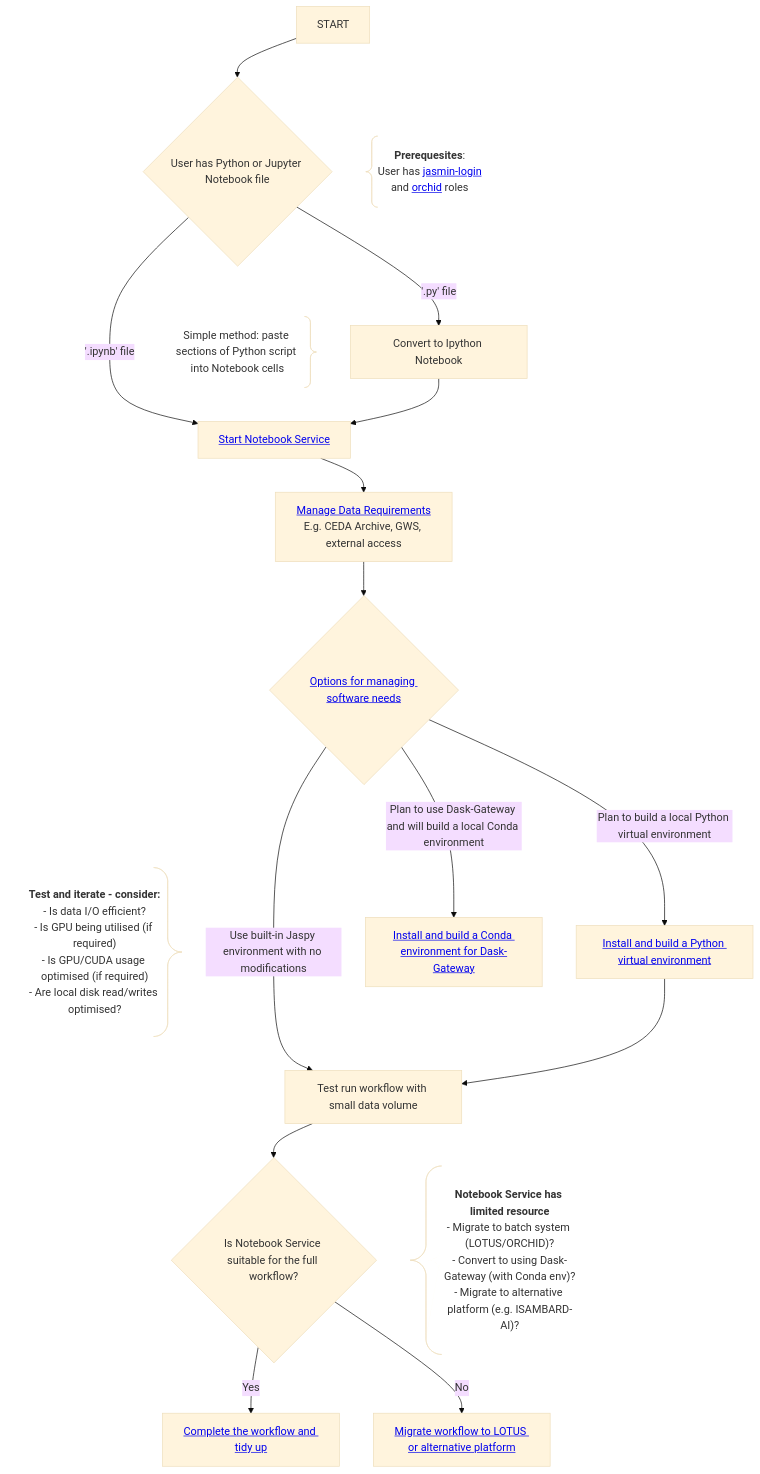
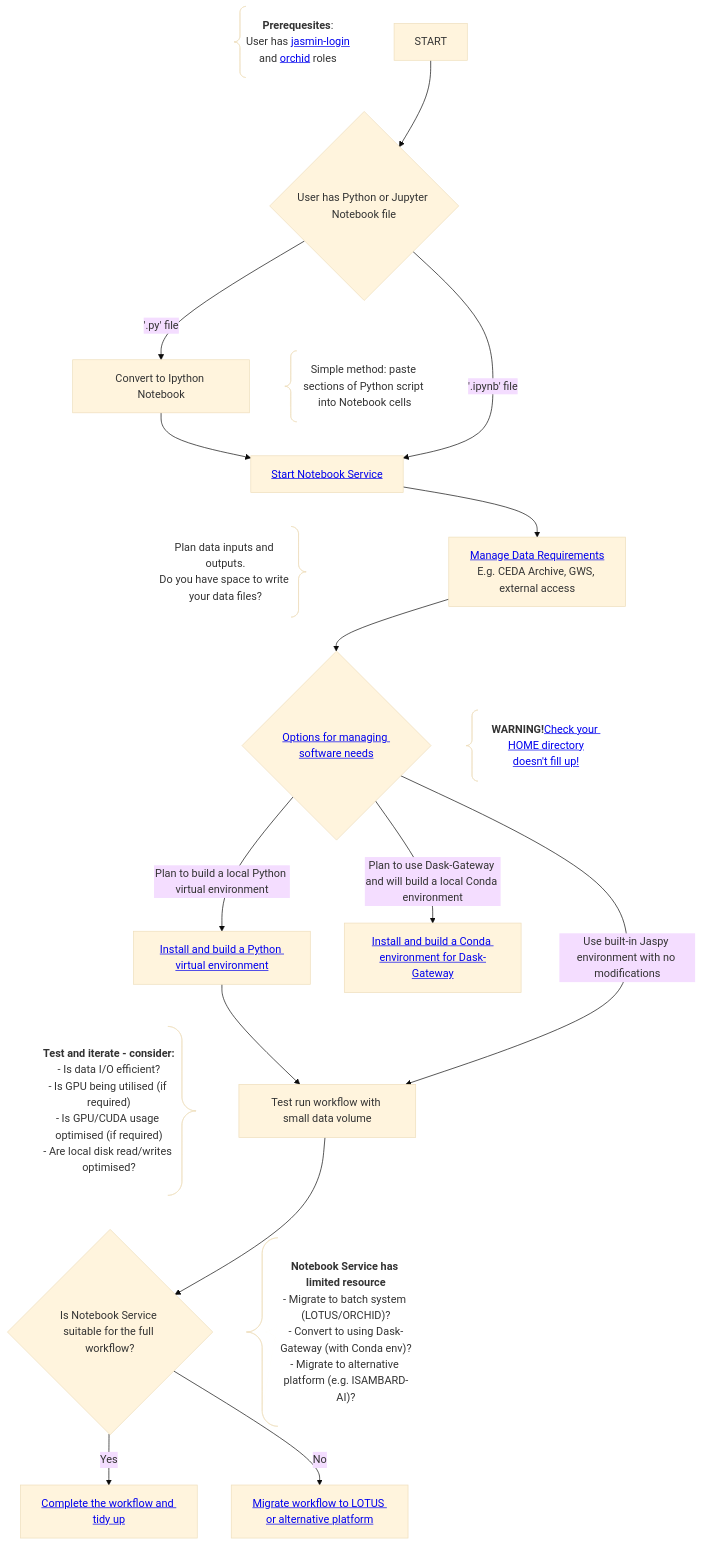
Before and after one commit to agstephens/proto-jasmin-mermaid-docs: the diagram in README.md, drawn with Mermaid (base theme).

````diff
--- a/README.md
+++ b/README.md
@@ -13,42 +13,43 @@
 ```mermaid
  flowchart TD
     START --> PY_IPYNB{User has Python or Jupyter Notebook file}
 
-    START ~~~ C1@{ shape: brace-l, label: "<b>Prerequesites</b>:
+    C1@{ shape: brace-l, label: "<b>Prerequesites</b>:
         User has <a href='http://help.jasmin.ac.uk/docs/getting-started/get-login-account/'>jasmin-login</a> 
-        and <a href='https://help.jasmin.ac.uk/docs/batch-computing/orchid-gpu-cluster/#request-access-to-orchid'>orchid</a> roles" }
+        and <a href='https://help.jasmin.ac.uk/docs/batch-computing/orchid-gpu-cluster/#request-access-to-orchid'>orchid</a> roles" } ~~~ PY_IPYNB
 
     PY_IPYNB -->|'.ipynb' file| START_NBS[<a href="https://help.jasmin.ac.uk/docs/interactive-computing/jasmin-notebooks-service/#using-the-jasmin-notebook-service">Start Notebook Service</a>]
     PY_IPYNB -->|'.py' file| CONVERT_PY[Convert to Ipython Notebook]
 
-    PY_IPYNB ~~~ C2@{ shape: brace-r, label: "Simple method: paste sections of Python script into Notebook cells"}
+    PY_IPYNB ~~~ C2@{ shape: brace-l, label: "Simple method: paste sections of Python script into Notebook cells"}
 
     CONVERT_PY --> START_NBS
     START_NBS ~~~ C3@{ shape: brace-r, label: "Plan data inputs and outputs.<br/>Do you have space to write your data files?"}
     
     START_NBS --> DATA_NEEDS[<a href="https://github.com/agstephens/proto-jasmin-mermaid-docs/blob/main/README.md#managing-data-access">Manage Data Requirements</a><br/>E.g. CEDA Archive, GWS, external access]
 
     DATA_NEEDS --> SW_NEEDS{<a href="https://github.com/agstephens/proto-jasmin-mermaid-docs/blob/main/README.md#software-management">Options for managing software needs</a>}
 
     SW_NEEDS -->|Use built-in Jaspy environment with no modifications| TEST_RUN[Test run workflow with small data volume]
     SW_NEEDS -->|Plan to build a local Python virtual environment| VENV_INSTALL[<a href="https://github.com/agstephens/proto-jasmin-mermaid-docs/blob/main/README.md#building-virtual-environments">Install and build a Python virtual environment</a>]
     SW_NEEDS -->|Plan to use Dask-Gateway and will build a local Conda environment| CONDA_INSTALL[<a href="https://github.com/agstephens/proto-jasmin-mermaid-docs/blob/main/README.md#using-dask-gateway">Install and build a Conda environment for Dask-Gateway</a>]
 
+    DATA_NEEDS ~~~ C4@{ shape: brace-l, label: "<b>WARNING!</b><a href='https://github.com/agstephens/proto-jasmin-mermaid-docs/blob/main/README.md#managing-your-home-directory'>Check your HOME directory<br/>doesn't fill up!</a>"}
     VENV_INSTALL --> TEST_RUN
-    SW_NEEDS ~~~ C3@{ shape: brace-r, label: "<b>Test and iterate - consider:</b>
+
+    TEST_RUN --> FULL_RUN{Is Notebook Service suitable for the full workflow?}
+
+    C5@{ shape: brace-r, label: "<b>Test and iterate - consider:</b>
     - Is data I/O efficient?
     - Is GPU being utilised (if required)
     - Is GPU/CUDA usage optimised (if required)
-    - Are local disk read/writes optimised?"}
-    
-    TEST_RUN --> FULL_RUN{Is Notebook Service suitable for the full workflow?}
+    - Are local disk read/writes optimised?"} ~~~ FULL_RUN
 
-    TEST_RUN ~~~ C4@{ shape: brace-l, label: "**Notebook Service has limited resource**
+    TEST_RUN ~~~ C6@{ shape: brace-l, label: "**Notebook Service has limited resource**
     - Migrate to batch system (LOTUS/ORCHID)?
     - Convert to using Dask-Gateway (with Conda env)?
     - Migrate to alternative platform (e.g. ISAMBARD-AI)?"}
 
     FULL_RUN -->|Yes| COMPLETE[<a href="https://github.com/agstephens/proto-jasmin-mermaid-docs/blob/main/README.md#workflow-completion">Complete the workflow and tidy up</a>]
     FULL_RUN -->|No| MIGRATE[<a href="https://github.com/agstephens/proto-jasmin-mermaid-docs/blob/main/README.md#workflow-migration">Migrate workflow to LOTUS or alternative platform</a>]
-
 ```
````
